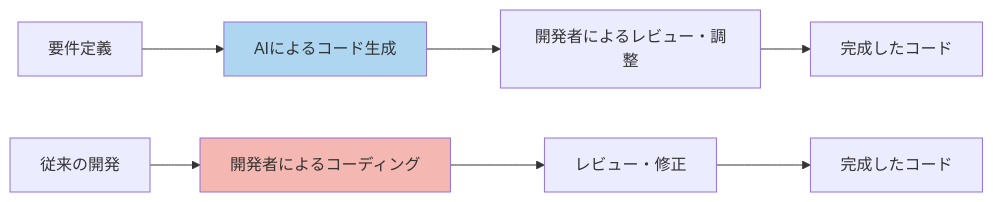
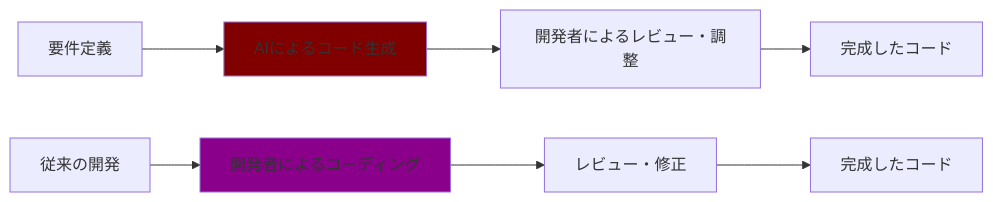
One commit to cyber-freaks-jp/AI_Driven_Development_Course changed the second of 9 diagrams in book/pages/AI駆動開発のメリットと課題.md. Above: the diagram before and after it, drawn with Mermaid. The commit also changed other lines of this file, not shown here.

````diff
--- a/book/pages/AI駆動開発のメリットと課題.md
+++ b/book/pages/AI駆動開発のメリットと課題.md
@@ -19,13 +40,13 @@
 ```mermaid
 flowchart LR
     A[要件定義] --> B[AIによるコード生成]
     B --> C[開発者によるレビュー・調整]
     C --> D[完成したコード]
 
     A1[従来の開発] --> B1[開発者によるコーディング]
     B1 --> C1[レビュー・修正]
     C1 --> D1[完成したコード]
 
-    style B fill:#AED6F1
-    style B1 fill:#F5B7B1
+    style B fill:#800000
+    style B1 fill:#8b008b
 ```
````
